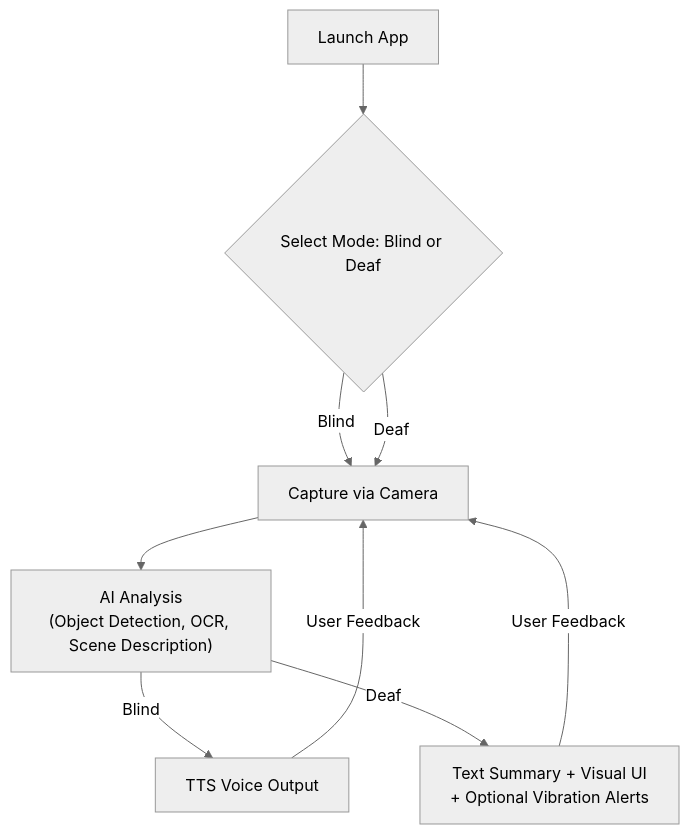
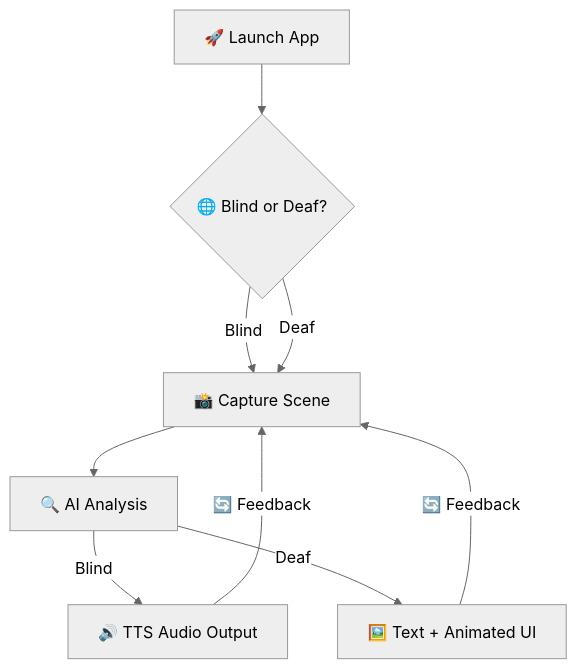
Before and after one commit to Parham-Dehghan/ai-eyes-for-the-blind: the third of 4 diagrams in README.md, drawn with Mermaid (neutral theme). The commit also changed other lines of this file, not shown here.

````diff
--- a/README.md
+++ b/README.md
@@ -106,11 +107,11 @@
 ```mermaid
 flowchart TD
-    Start[Launch App] --> Mode{Select Mode: Blind or Deaf}
-    Mode -->|Blind| Cam[Capture via Camera]
+    Start[🚀 Launch App] --> Mode{🌐 Blind or Deaf?}
+    Mode -->|Blind| Cam[📸 Capture Scene]
     Mode -->|Deaf| Cam
-    Cam --> Vision["AI Analysis\n(Object Detection, OCR, Scene Description)"]
-    Vision -->|Blind| Audio[TTS Voice Output]
-    Vision -->|Deaf| Output["Text Summary + Visual UI\n+ Optional Vibration Alerts"]
-    Output -->|User Feedback| Cam
-    Audio -->|User Feedback| Cam
+    Cam --> Vision[🔍 AI Analysis]
+    Vision -->|Blind| Audio[🔊 TTS Audio Output]
+    Vision -->|Deaf| Output[🖼️ Text + Animated UI]
+    Output -->|🔄 Feedback| Cam
+    Audio -->|🔄 Feedback| Cam
 ```
````
